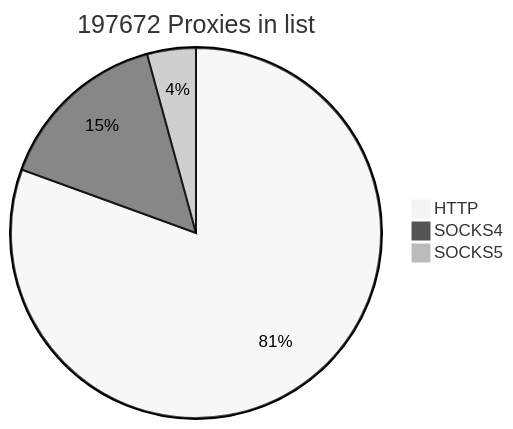
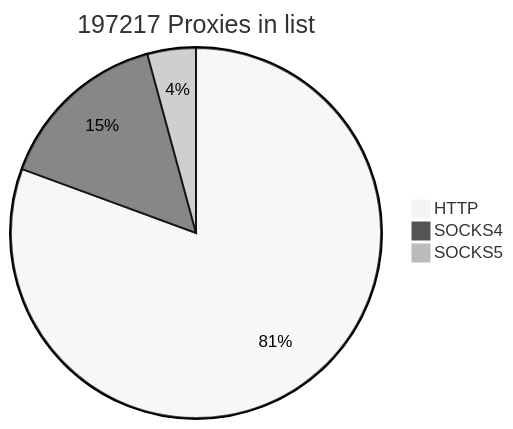
The first of 2 diagrams in README.md (cutipu/proxylist), drawn with Mermaid (neutral theme) before and after one commit. The commit also changed other lines of this file, not shown here.

````diff
--- a/README.md
+++ b/README.md
@@ -2,7 +2,7 @@
 ```mermaid
-pie title 197672 Proxies in list
-    "HTTP" : 159241
-    "SOCKS4" : 30026
-    "SOCKS5" : 8405
+pie title 197217 Proxies in list
+    "HTTP" : 158968
+    "SOCKS4" : 29904
+    "SOCKS5" : 8345
             
 ```
````
